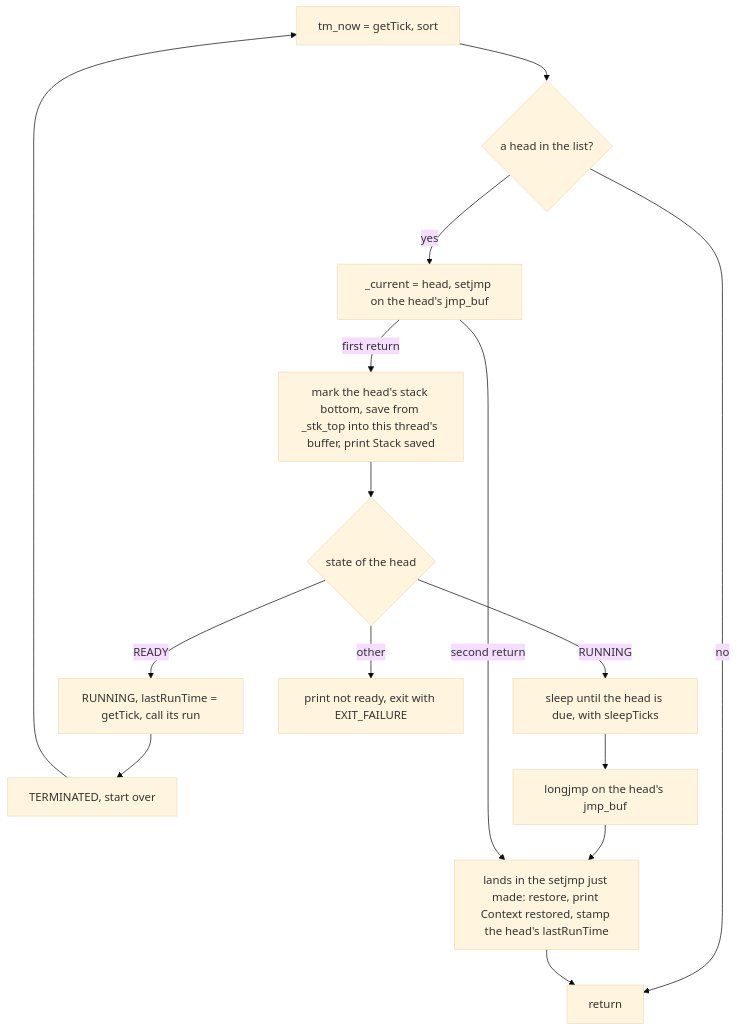
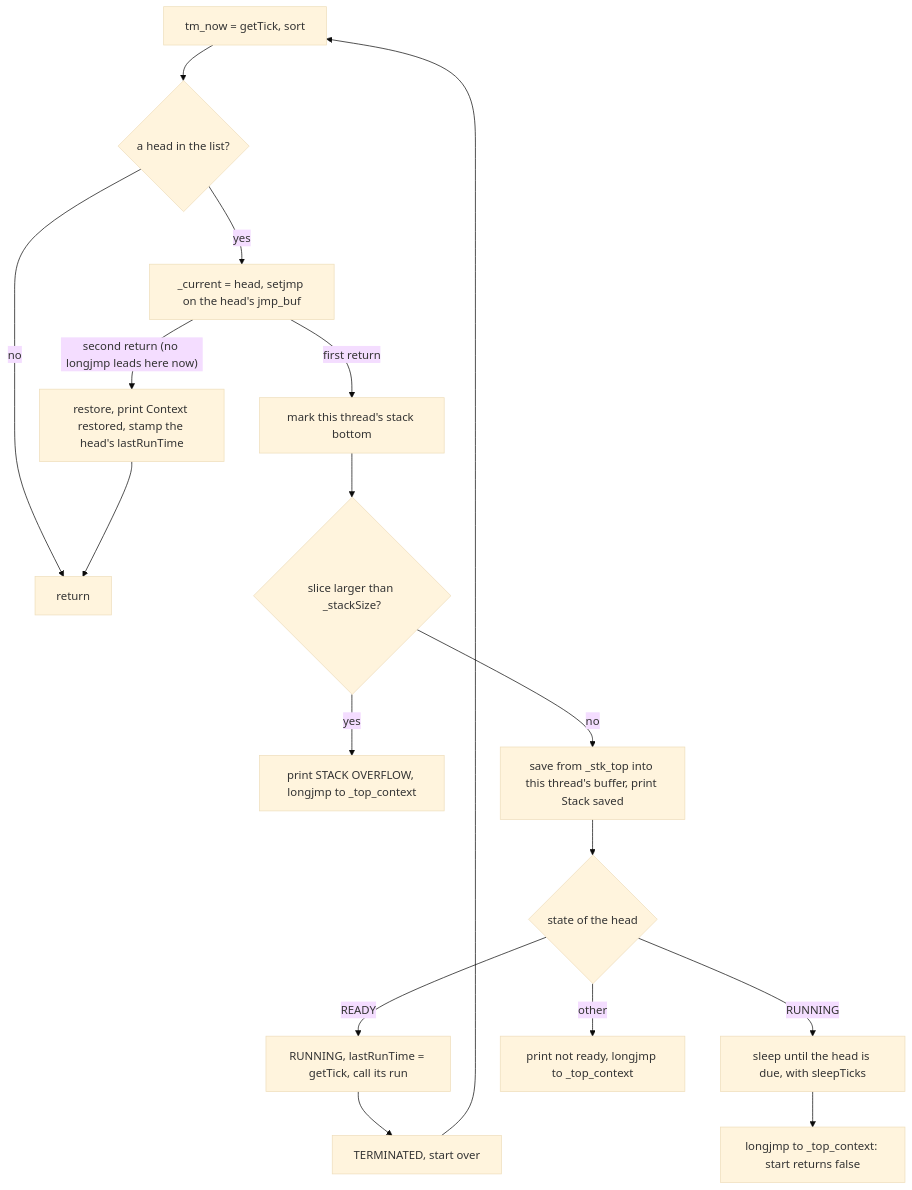
One commit to solariun/atomicx2 changed the seventh of 8 diagrams in spec.md. Above: the diagram before and after it, drawn with Mermaid (base theme). The commit also changed other lines of this file and 3 other files, not shown here.

````diff
--- a/spec.md
+++ b/spec.md
@@ -524,17 +539,19 @@
 ```mermaid
 flowchart TD
     a["tm_now = getTick, sort"] --> b{"a head in the list?"}
     b -->|no| z["return"]
     b -->|yes| c["_current = head, setjmp on the head's jmp_buf"]
-    c -->|first return| d["mark the head's stack bottom, save from _stk_top into this thread's buffer, print Stack saved"]
-    d --> e{"state of the head"}
+    c -->|first return| d["mark this thread's stack bottom"]
+    d --> o{"slice larger than _stackSize?"}
+    o -->|yes| s["print STACK OVERFLOW, longjmp to _top_context"]
+    o -->|no| v["save from _stk_top into this thread's buffer, print Stack saved"]
+    v --> e{"state of the head"}
     e -->|READY| g["RUNNING, lastRunTime = getTick, call its run"]
     g --> h["TERMINATED, start over"]
     h --> a
     e -->|RUNNING| w["sleep until the head is due, with sleepTicks"]
-    w --> j["longjmp on the head's jmp_buf"]
-    j --> k["lands in the setjmp just made: restore, print Context restored, stamp the head's lastRunTime"]
-    e -->|other| x["print not ready, exit with EXIT_FAILURE"]
-    c -->|second return| k
+    w --> j["longjmp to _top_context: start returns false"]
+    e -->|other| x["print not ready, longjmp to _top_context"]
+    c -->|"second return (no longjmp leads here now)"| k["restore, print Context restored, stamp the head's lastRunTime"]
     k --> z
 ```
````
